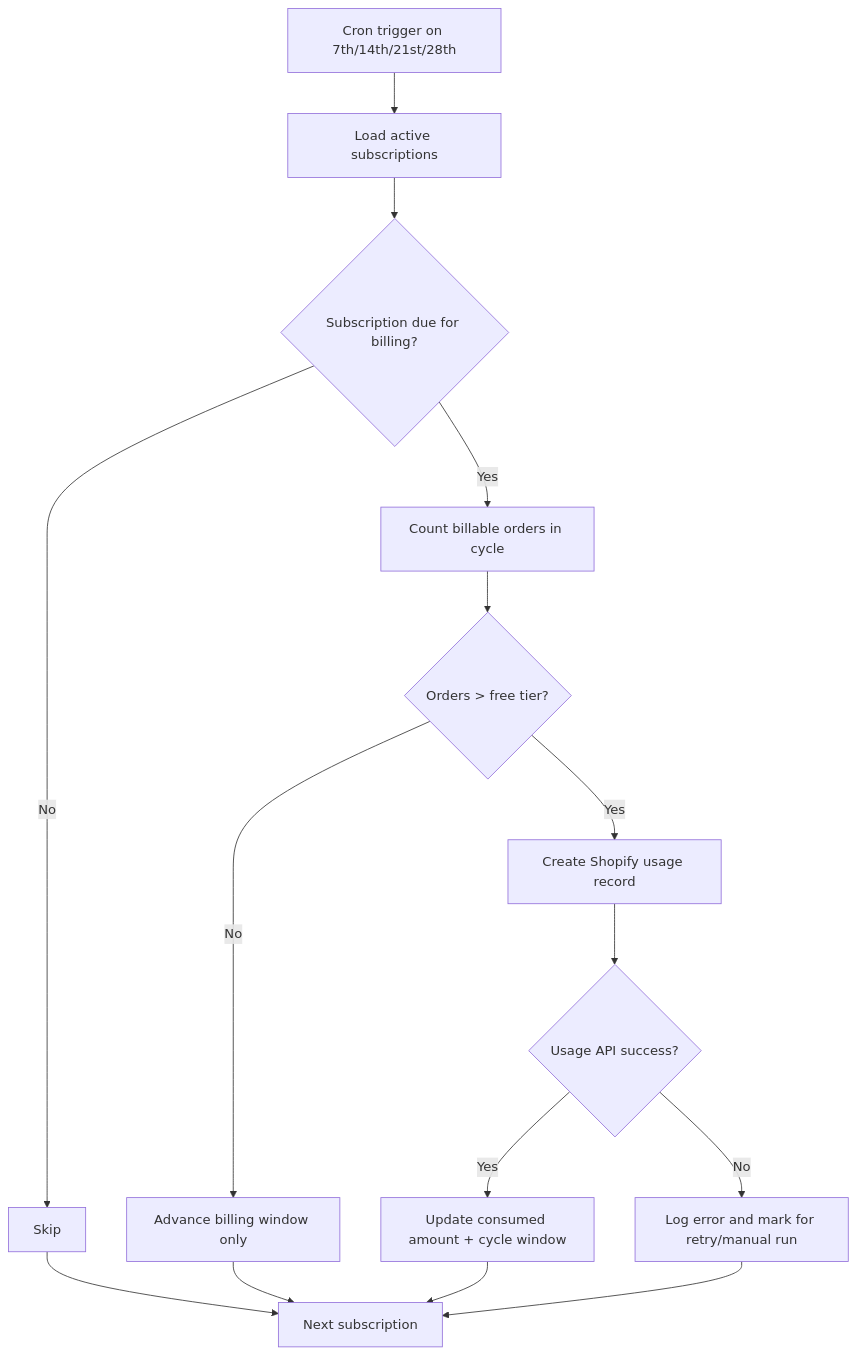
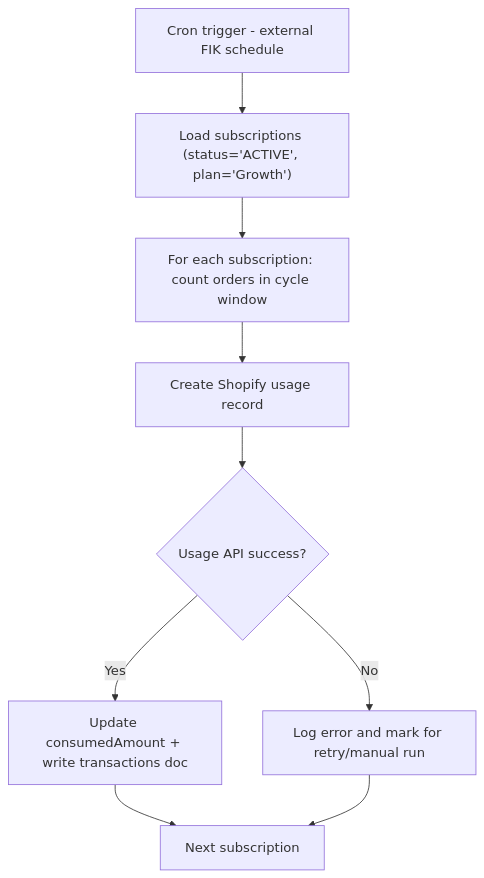
The fifth of 7 diagrams in docs/02-architecture/data-flow.md (princesaliya4922/fynd-logistics-docs), drawn with Mermaid before and after one commit. The commit also changed other lines of this file and 48 other files, not shown here.

````diff
--- a/docs/02-architecture/data-flow.md
+++ b/docs/02-architecture/data-flow.md
@@ -144,17 +164,11 @@
 ```mermaid
 flowchart TD
-    A[Cron trigger on 7th/14th/21st/28th] --> B[Load active subscriptions]
-    B --> C{Subscription due for billing?}
-    C -- No --> D[Skip]
-    C -- Yes --> E[Count billable orders in cycle]
-    E --> F{Orders > free tier?}
-    F -- No --> G[Advance billing window only]
-    F -- Yes --> H[Create Shopify usage record]
+    A[Cron trigger - external FIK schedule] --> B["Load subscriptions (status='ACTIVE', plan='Growth')"]
+    B --> C[For each subscription: count orders in cycle window]
+    C --> H[Create Shopify usage record]
     H --> I{Usage API success?}
-    I -- Yes --> J[Update consumed amount + cycle window]
+    I -- Yes --> J[Update consumedAmount + write transactions doc]
     I -- No --> K[Log error and mark for retry/manual run]
-    D --> L[Next subscription]
-    G --> L
-    J --> L
+    J --> L[Next subscription]
     K --> L
 ```
````
